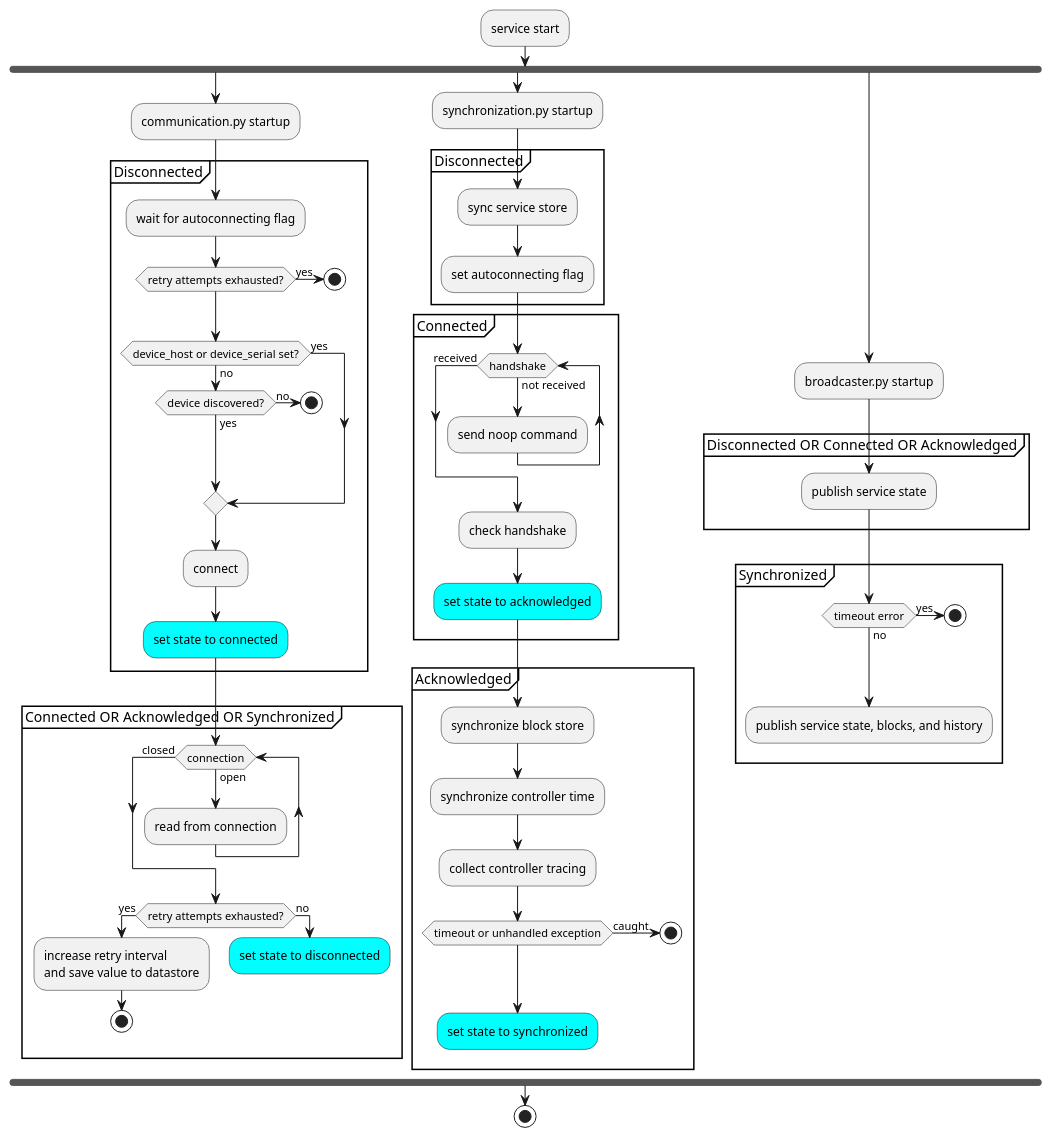
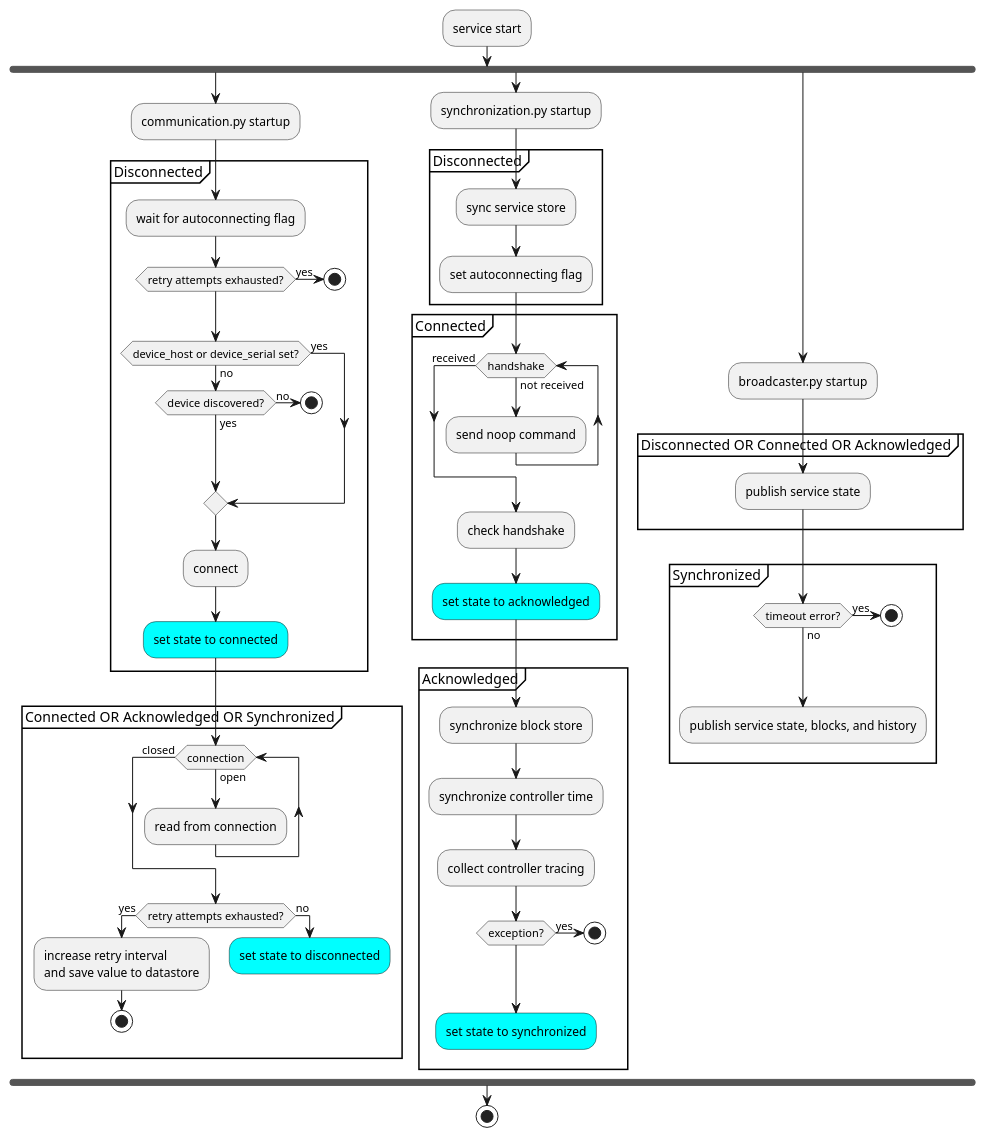
The first of 2 diagrams in docs/dev/decisions/20201008_devcon_connect_states.md (BrewBlox/brewblox-documentation), drawn with PlantUML before and after one commit. The commit also changed other lines of this file, not shown here.

Commit message:
exception caught -> exception yes

````diff
--- a/docs/dev/decisions/20201008_devcon_connect_states.md
+++ b/docs/dev/decisions/20201008_devcon_connect_states.md
@@ -49,78 +49,78 @@
 ```plantuml
 @startuml State machine
 :service start;
 fork
     :communication.py startup;
     partition Disconnected {
         :wait for autoconnecting flag;
         if (retry attempts exhausted?) then (yes)
             stop
         endif
         if (device_host or device_serial set?) then (yes)
         else (no)
             if (device discovered?) then (no)
                 stop
             else (yes)
             endif
         endif
         :connect;
         #cyan:set state to connected;
     }
     partition "Connected OR Acknowledged OR Synchronized" {
         while (connection) is (open)
             :read from connection;
         endwhile (closed)
         if (retry attempts exhausted?) then (yes)
             :increase retry interval
             and save value to datastore;
             stop
         else (no)
             #cyan:set state to disconnected;
             detach
         endif
     }
 
 fork again
     :synchronization.py startup;
     partition Disconnected {
         :sync service store;
         :set autoconnecting flag;
     }
     partition Connected {
         while (handshake) is (not received)
             :send noop command;
         endwhile (received)
         :check handshake;
         #cyan:set state to acknowledged;
     }
     partition Acknowledged {
         :synchronize block store;
         :synchronize controller time;
         :collect controller tracing;
-        if (timeout or unhandled exception) then (caught)
+        if (exception?) then (yes)
             stop
         endif
         #cyan:set state to synchronized;
     }
     detach
 
 fork again
     :broadcaster.py startup;
 
     partition "Disconnected OR Connected OR Acknowledged" {
         :publish service state;
     }
     partition Synchronized {
-        if (timeout error) then (yes)
+        if (timeout error?) then (yes)
             stop
         else (no)
         endif
         :publish service state, blocks, and history;
     }
     detach
 
 endfork
 
 stop
 @enduml
 ```
````
